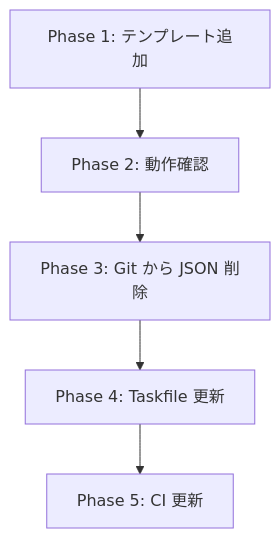
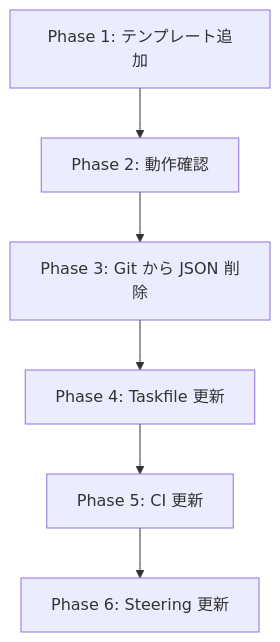
One commit to tak848/dotfiles changed the third of 3 diagrams in .kiro/specs/jsonnet-cleanup/design.md. Above: the diagram before and after it, drawn with Mermaid. The commit also changed other lines of this file, not shown here.

````diff
--- a/.kiro/specs/jsonnet-cleanup/design.md
+++ b/.kiro/specs/jsonnet-cleanup/design.md
@@ -319,7 +320,8 @@
 ```mermaid
 graph TD
     A[Phase 1: テンプレート追加] --> B[Phase 2: 動作確認]
     B --> C[Phase 3: Git から JSON 削除]
     C --> D[Phase 4: Taskfile 更新]
     D --> E[Phase 5: CI 更新]
+    E --> F[Phase 6: Steering 更新]
 ```
````
